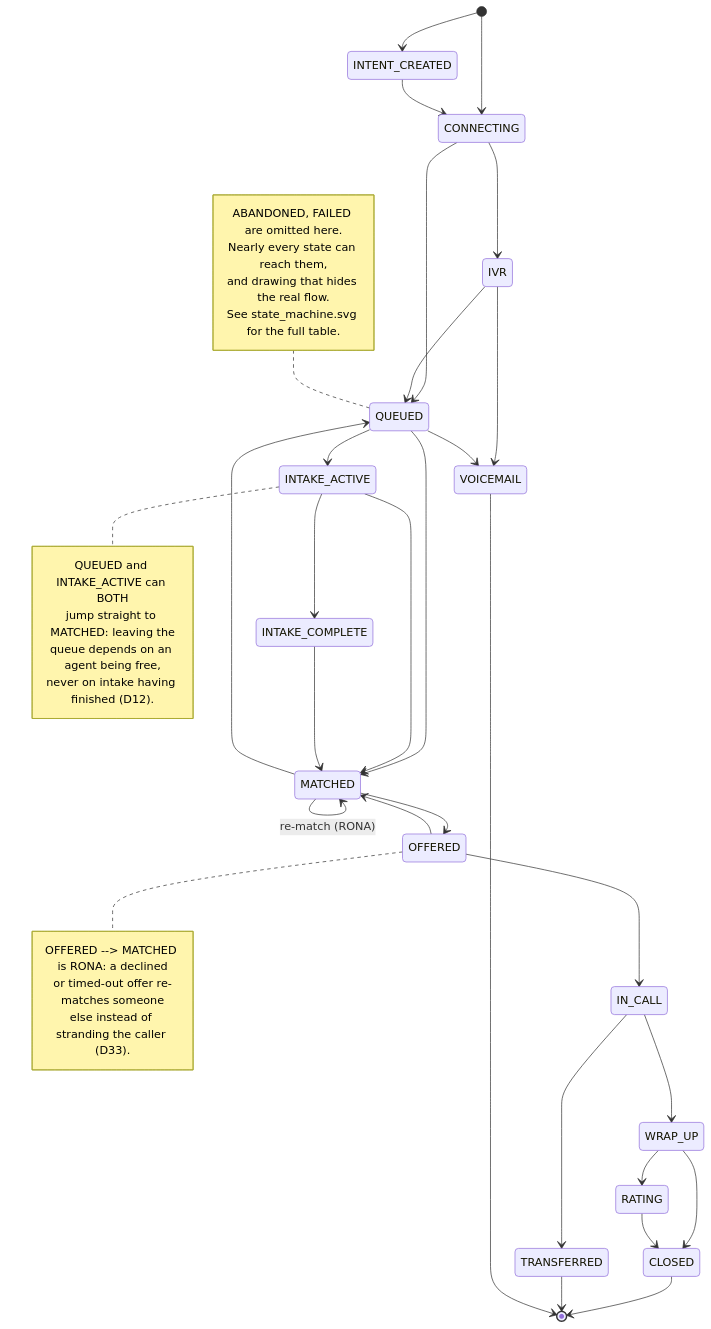
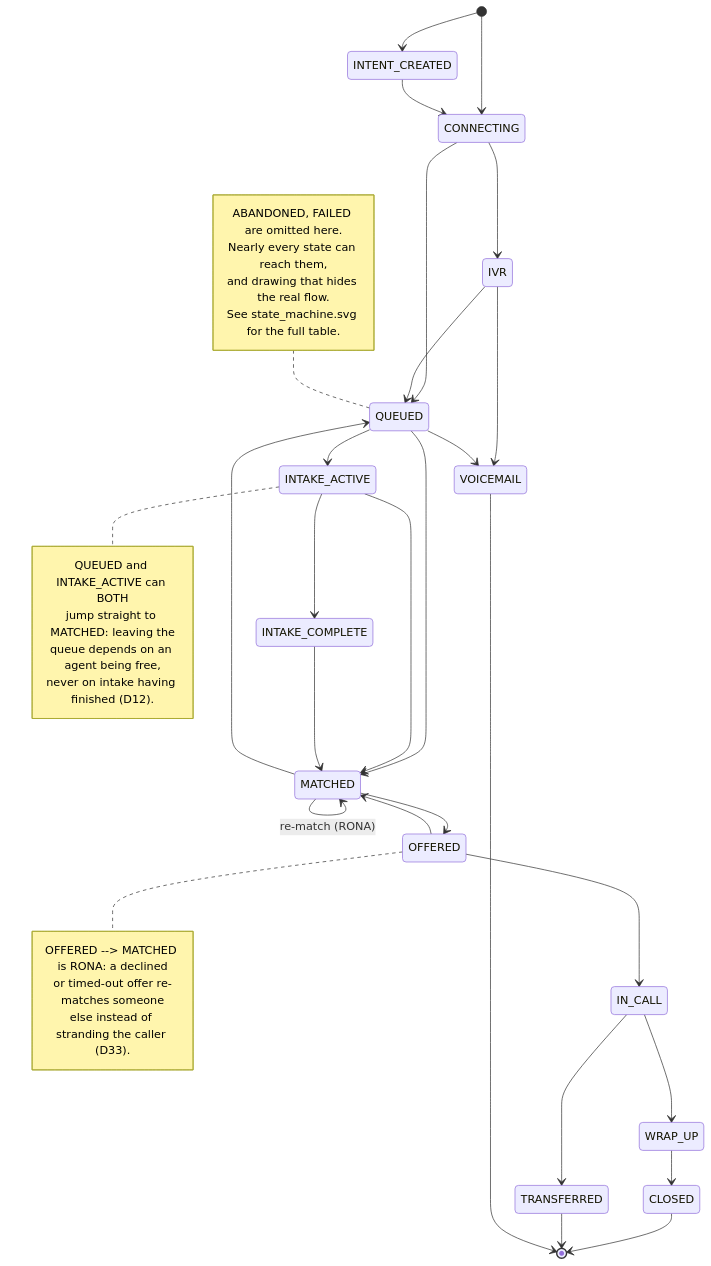
One commit to anakom-suvonvorn/Krungsri-ReadyCall changed the diagram in docs/diagrams/src/state_machine_readable.mmd. Above: the diagram before and after it, drawn with Mermaid. The commit also changed 15 other files, not shown here.

```diff
--- a/docs/diagrams/src/state_machine_readable.mmd
+++ b/docs/diagrams/src/state_machine_readable.mmd
@@ -1,50 +1,48 @@
 %% GENERATED by scripts/gen_diagrams.py - do not edit by hand.
 %% Source of truth: the same TRANSITIONS table, minus ABANDONED and FAILED
 stateDiagram-v2
     direction TB
     [*] --> CONNECTING
     [*] --> INTENT_CREATED
     INTENT_CREATED --> CONNECTING
     CONNECTING --> IVR
     CONNECTING --> QUEUED
     IVR --> QUEUED
     IVR --> VOICEMAIL
     QUEUED --> INTAKE_ACTIVE
     QUEUED --> MATCHED
     QUEUED --> VOICEMAIL
     INTAKE_ACTIVE --> INTAKE_COMPLETE
     INTAKE_ACTIVE --> MATCHED
     INTAKE_COMPLETE --> MATCHED
     MATCHED --> MATCHED : re-match (RONA)
     MATCHED --> OFFERED
     MATCHED --> QUEUED
     OFFERED --> IN_CALL
     OFFERED --> MATCHED
     IN_CALL --> TRANSFERRED
     IN_CALL --> WRAP_UP
     WRAP_UP --> CLOSED
-    WRAP_UP --> RATING
-    RATING --> CLOSED
     CLOSED --> [*]
     TRANSFERRED --> [*]
     VOICEMAIL --> [*]
 
     note left of QUEUED
         ABANDONED, FAILED are omitted here.
         Nearly every state can reach them,
         and drawing that hides the real flow.
         See state_machine.svg for the full table.
     end note
 
     note right of INTAKE_ACTIVE
         QUEUED and INTAKE_ACTIVE can BOTH
         jump straight to MATCHED: leaving the
         queue depends on an agent being free,
         never on intake having finished (D12).
     end note
 
     note right of OFFERED
         OFFERED --> MATCHED is RONA: a declined
         or timed-out offer re-matches someone
         else instead of stranding the caller (D33).
     end note
```
